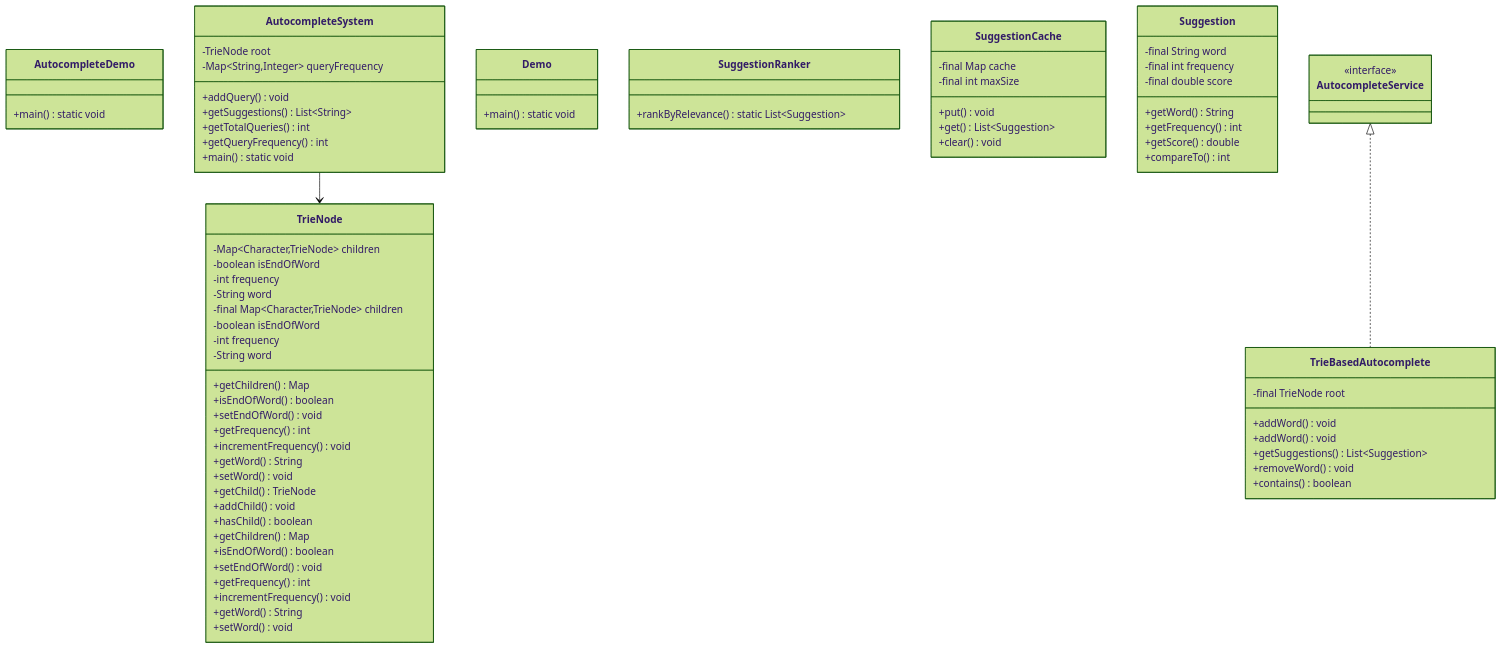
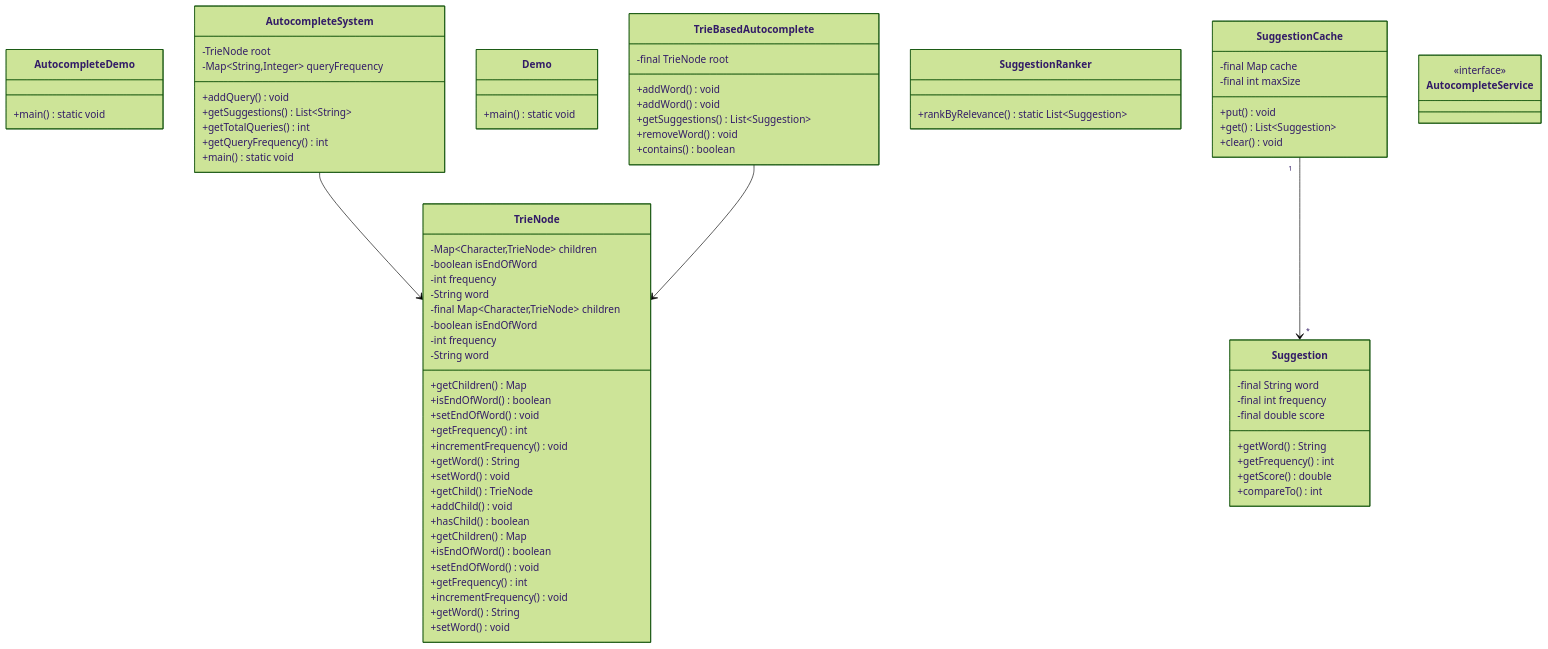
One commit to dlkr18/lld-playbook changed the diagram in docs/problems/autocomplete/README.md. Above: the diagram before and after it, drawn with Mermaid (forest theme). The commit also changed 119 other files, not shown here.

First line of the commit message:
feat: add comprehensive relationships to all class diagrams

````diff
--- a/docs/problems/autocomplete/README.md
+++ b/docs/problems/autocomplete/README.md
@@ -142,5 +142,6 @@
     <<interface>> AutocompleteService
 
     AutocompleteSystem --> TrieNode
-    AutocompleteService <|.. TrieBasedAutocomplete
+    TrieBasedAutocomplete --> TrieNode
+    SuggestionCache "1" --> "*" Suggestion
 ```
````
